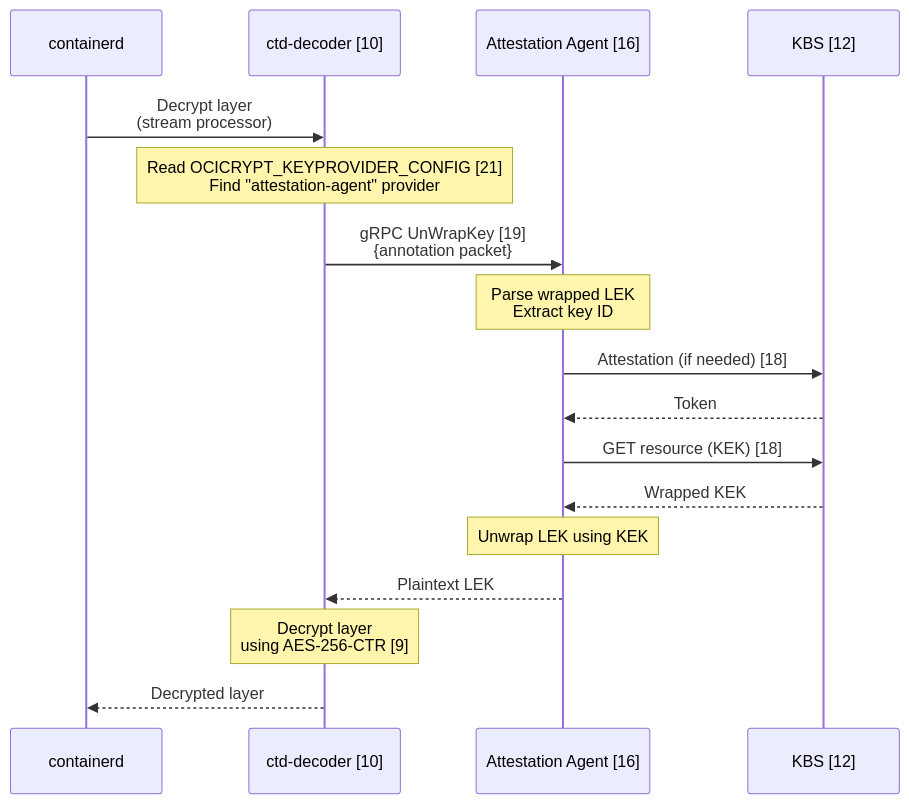
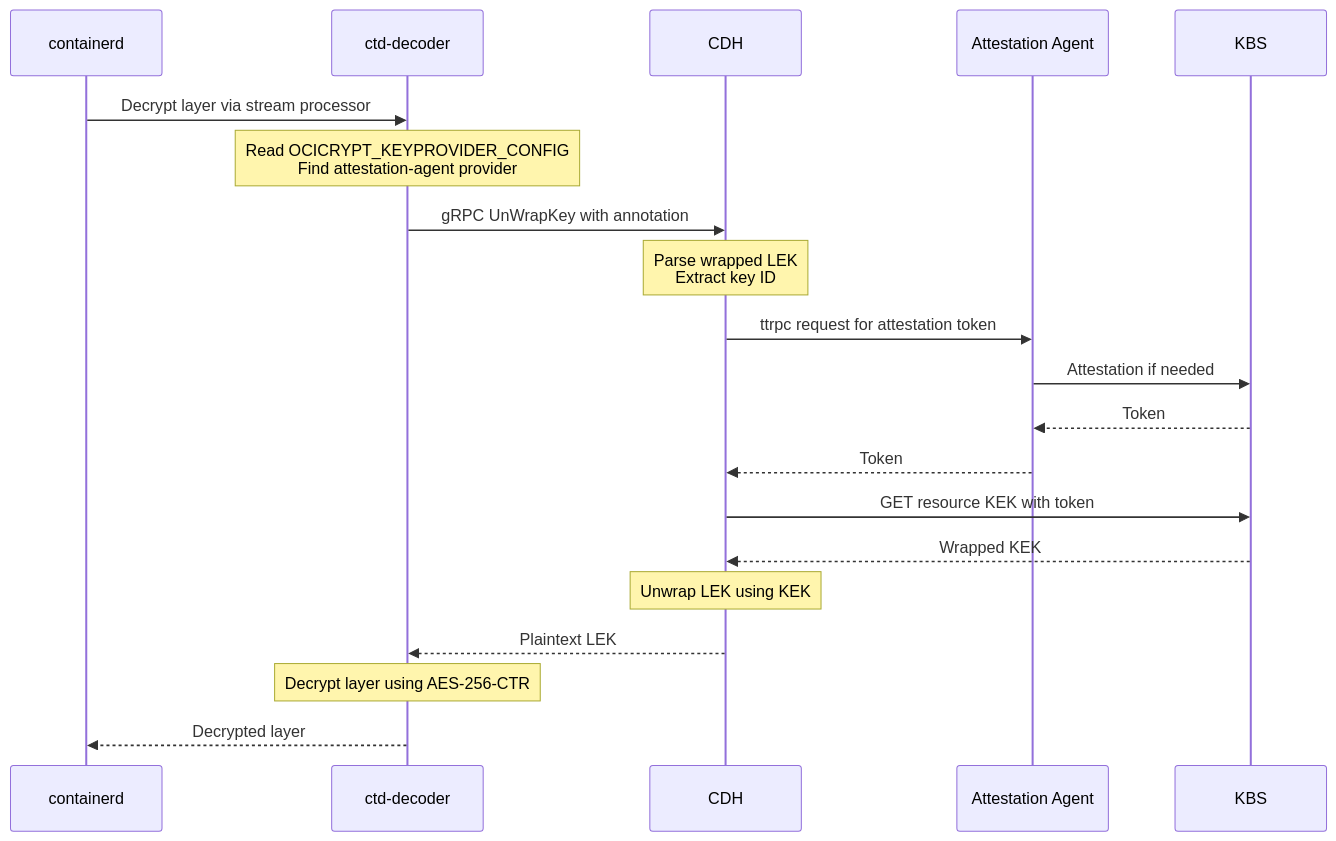
One commit to scontain/encrypted_container_images changed the tenth of 15 diagrams in PROPOSAL.md. Above: the diagram before and after it, drawn with Mermaid. The commit also changed other lines of this file, not shown here.

````diff
--- a/PROPOSAL.md
+++ b/PROPOSAL.md
@@ -437,28 +480,32 @@
 ```mermaid
 sequenceDiagram
     participant CD as containerd
-    participant CTD as ctd-decoder [10]
-    participant AA as Attestation Agent [16]
-    participant KBS as KBS [12]
+    participant CTD as ctd-decoder
+    participant CDH as CDH
+    participant AA as Attestation Agent
+    participant KBS as KBS
 
-    CD->>CTD: Decrypt layer<br/>(stream processor)
-    
-    Note over CTD: Read OCICRYPT_KEYPROVIDER_CONFIG [21]<br/>Find "attestation-agent" provider
-    
-    CTD->>AA: gRPC UnWrapKey [19]<br/>{annotation packet}
-    
-    Note over AA: Parse wrapped LEK<br/>Extract key ID
-    
-    AA->>KBS: Attestation (if needed) [18]
+    CD->>CTD: Decrypt layer via stream processor
+
+    Note over CTD: Read OCICRYPT_KEYPROVIDER_CONFIG<br/>Find attestation-agent provider
+
+    CTD->>CDH: gRPC UnWrapKey with annotation
+
+    Note over CDH: Parse wrapped LEK<br/>Extract key ID
+
+    CDH->>AA: ttrpc request for attestation token
+    AA->>KBS: Attestation if needed
     KBS-->>AA: Token
-    AA->>KBS: GET resource (KEK) [18]
-    KBS-->>AA: Wrapped KEK
-    
-    Note over AA: Unwrap LEK using KEK
-    
-    AA-->>CTD: Plaintext LEK
-    
-    Note over CTD: Decrypt layer<br/>using AES-256-CTR [9]
-    
+    AA-->>CDH: Token
+
+    CDH->>KBS: GET resource KEK with token
+    KBS-->>CDH: Wrapped KEK
+
+    Note over CDH: Unwrap LEK using KEK
+
+    CDH-->>CTD: Plaintext LEK
+
+    Note over CTD: Decrypt layer using AES-256-CTR
+
     CTD-->>CD: Decrypted layer
 ```
````
